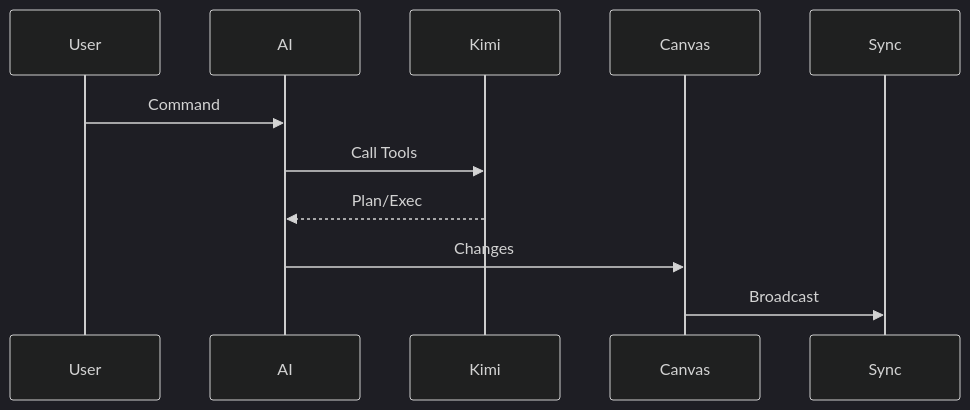
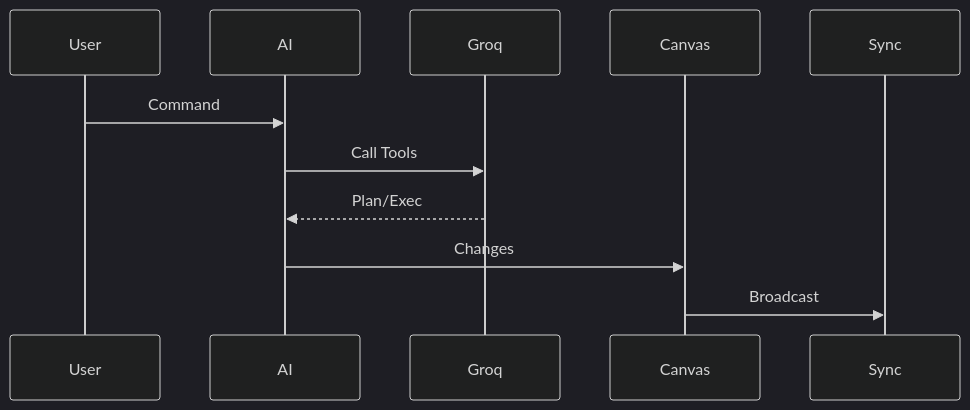
Before and after one commit to MichaelHabermas/gai-collab-board: the sixth of 7 diagrams in docs/research/PRD-V2.md, drawn with Mermaid (dark theme). The commit also changed other lines of this file and 30 other files, not shown here.

````diff
--- a/docs/research/PRD-V2.md
+++ b/docs/research/PRD-V2.md
@@ -567,8 +567,8 @@
 ```mermaid
 sequenceDiagram
     User->>AI: Command
-    AI->>Kimi: Call Tools
-    Kimi-->>AI: Plan/Exec
+    AI->>Groq: Call Tools
+    Groq-->>AI: Plan/Exec
     AI->>Canvas: Changes
     Canvas->>Sync: Broadcast
 ```
````
